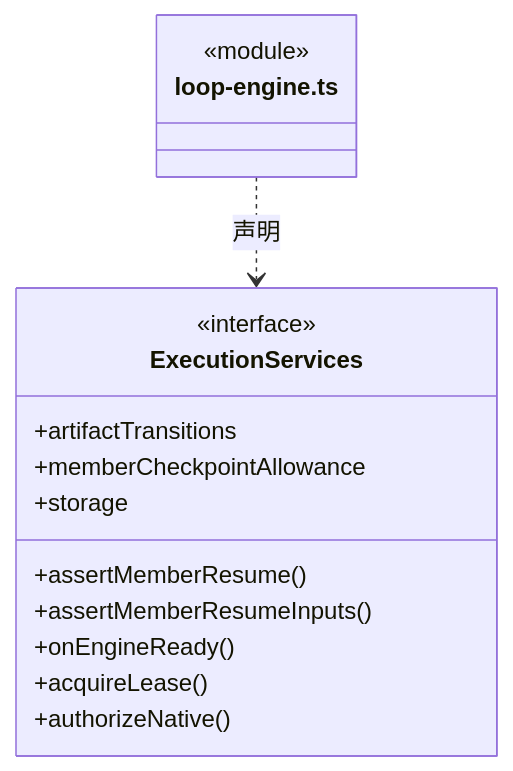
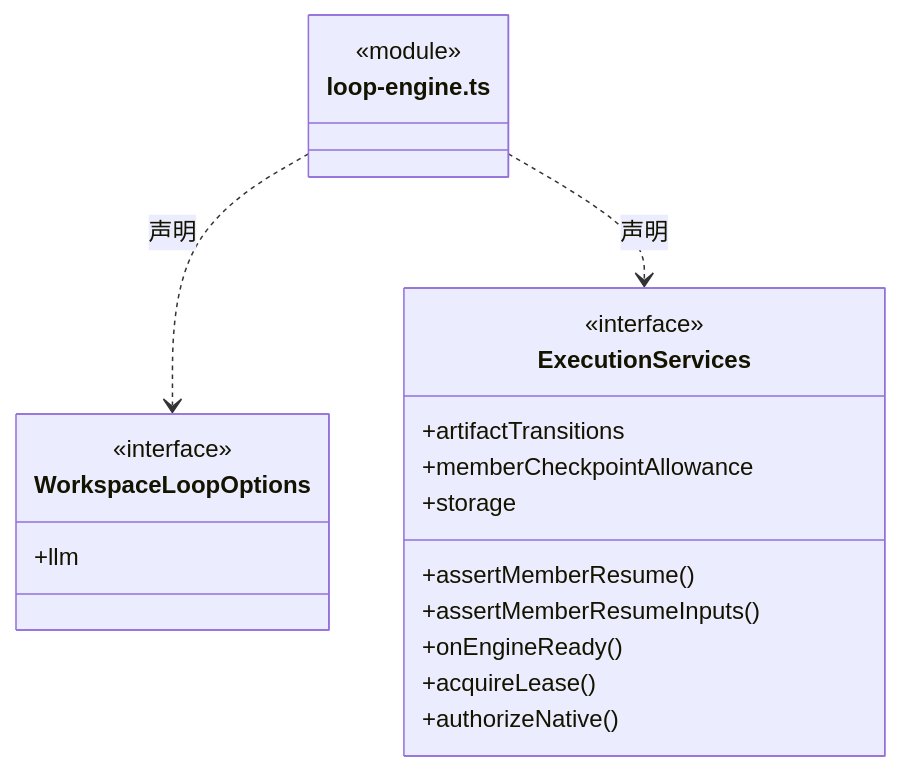
One commit to nan023062/cbim changed the third of 3 diagrams in src/backend/scheduler-engine/assembly/ARCHITECTURE.md. Above: the diagram before and after it, drawn with Mermaid. The commit also changed other lines of this file and 104 other files, not shown here.

````diff
--- a/src/backend/scheduler-engine/assembly/ARCHITECTURE.md
+++ b/src/backend/scheduler-engine/assembly/ARCHITECTURE.md
@@ -78,18 +78,23 @@
 ```mermaid
 classDiagram
 class N_src_backend_scheduler_engine_assembly_loop_engine_ts["loop-engine.ts"] {
   <<module>>
 }
+class N_src_backend_scheduler_engine_assembly_loop_engine_ts_WorkspaceLoopOptions["WorkspaceLoopOptions"] {
+  <<interface>>
+  +llm
+}
+N_src_backend_scheduler_engine_assembly_loop_engine_ts ..> N_src_backend_scheduler_engine_assembly_loop_engine_ts_WorkspaceLoopOptions : 声明
 class N_src_backend_scheduler_engine_assembly_loop_engine_ts_ExecutionServices["ExecutionServices"] {
   <<interface>>
   +artifactTransitions
   +assertMemberResume()
   +memberCheckpointAllowance
   +assertMemberResumeInputs()
   +onEngineReady()
   +storage
   +acquireLease()
   +authorizeNative()
 }
 N_src_backend_scheduler_engine_assembly_loop_engine_ts ..> N_src_backend_scheduler_engine_assembly_loop_engine_ts_ExecutionServices : 声明
 ```
````
